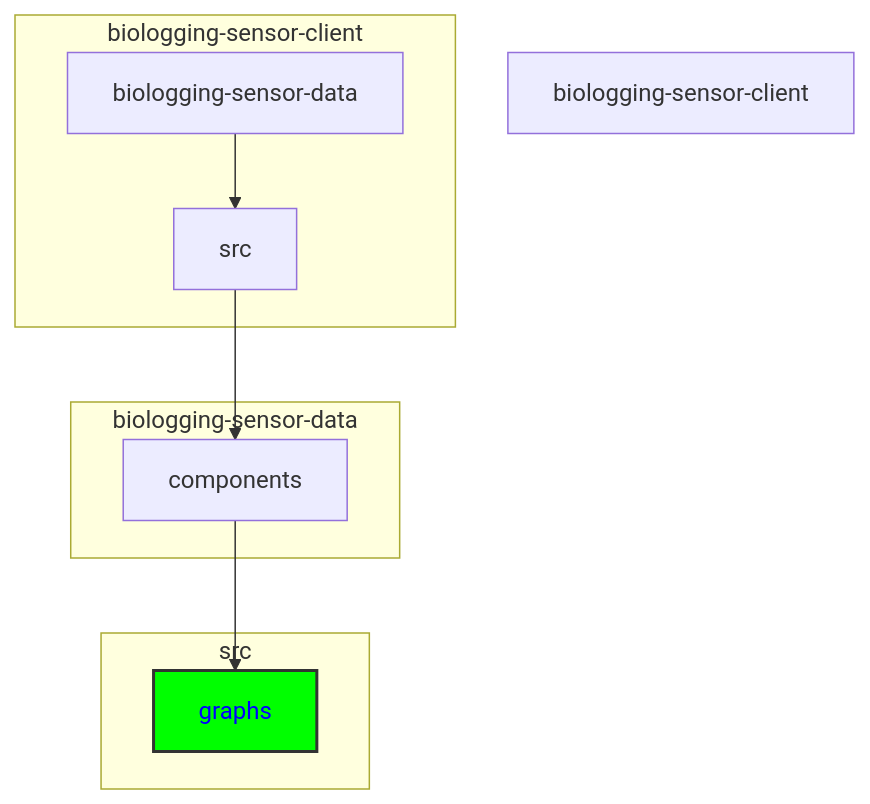
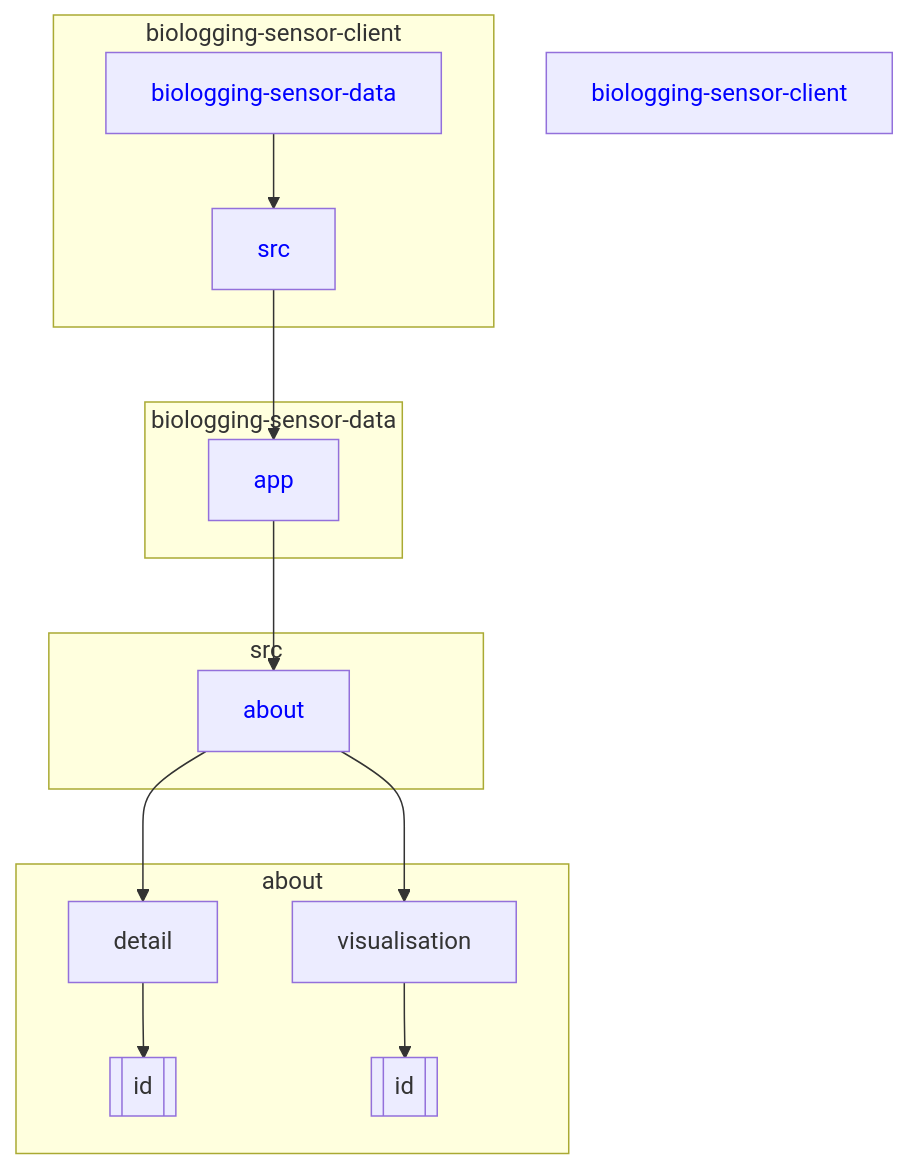
The diagram in draft-delete.md (Khosiyat/Algorithms), drawn with Mermaid before and after one commit. The commit also changed other lines of this file, not shown here.

````diff
--- a/draft-delete.md
+++ b/draft-delete.md
@@ -20,21 +19,29 @@
 ```mermaid
 graph TD
-    A["biologging-sensor-client"] 
-    B["biologging-sensor-data"]
-    C["src"]
-    D["components"]
-    E["<span style='color:blue'>graphs</span>"]
+    A["<span style='color:blue'>biologging-sensor-client</span>"] 
+    B["<span style='color:blue'>biologging-sensor-data</span>"]
+    C["<span style='color:blue'>src</span>"]
+    D["<span style='color:blue'>app</span>"]
+    E["<span style='color:blue'>about</span>"]
+    F[detail]
+    G[[id]]
+    H[visualisation]
+    I[[id]]
 
     subgraph biologging-sensor-client
         B --> C
     end
     subgraph biologging-sensor-data
         C --> D
     end
     subgraph src
         D --> E
     end
-
-    style E fill:#0f0,stroke:#333,stroke-width:2px;
+    subgraph about
+        E --> F
+        F --> G
+        E --> H
+        H --> I
+    end
 
 ```
````
